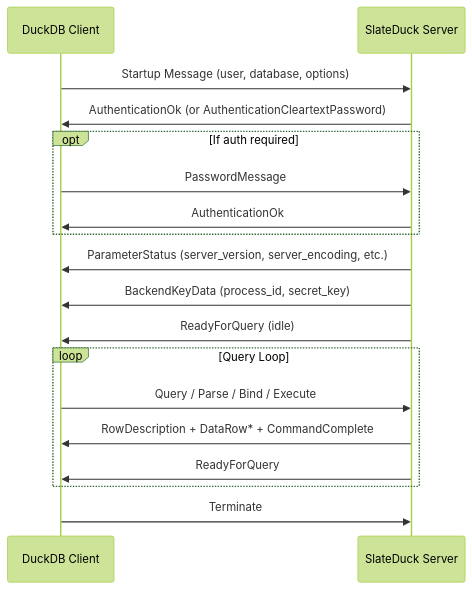
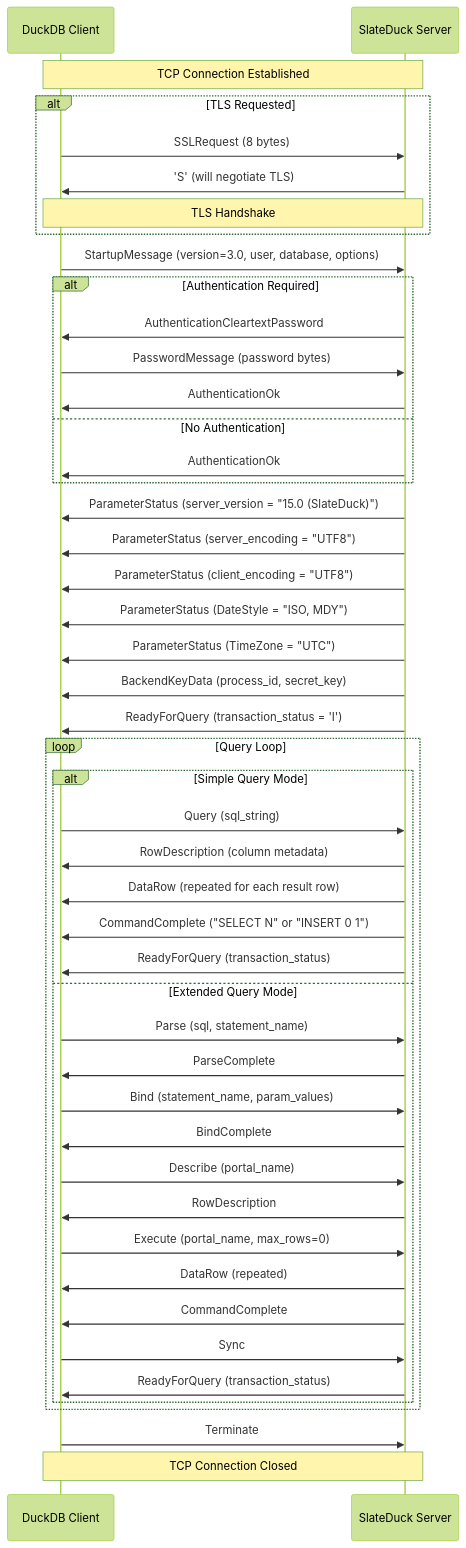
Before and after one commit to trickle-labs/rocklake: the diagram in docs/architecture/pg-wire-protocol.md, drawn with Mermaid (forest theme). The commit also changed other lines of this file and 253 other files, not shown here.

````diff
--- a/docs/architecture/pg-wire-protocol.md
+++ b/docs/architecture/pg-wire-protocol.md
@@ -7,20 +22,56 @@
 ```mermaid
 sequenceDiagram
     participant C as DuckDB Client
     participant S as SlateDuck Server
-    C->>S: Startup Message (user, database, options)
-    S->>C: AuthenticationOk (or AuthenticationCleartextPassword)
-    opt If auth required
-        C->>S: PasswordMessage
+
+    Note over C,S: TCP Connection Established
+    
+    alt TLS Requested
+        C->>S: SSLRequest (8 bytes)
+        S->>C: 'S' (will negotiate TLS)
+        Note over C,S: TLS Handshake
+    end
+    
+    C->>S: StartupMessage (version=3.0, user, database, options)
+    
+    alt Authentication Required
+        S->>C: AuthenticationCleartextPassword
+        C->>S: PasswordMessage (password bytes)
+        S->>C: AuthenticationOk
+    else No Authentication
         S->>C: AuthenticationOk
     end
-    S->>C: ParameterStatus (server_version, server_encoding, etc.)
+    
+    S->>C: ParameterStatus (server_version = "15.0 (SlateDuck)")
+    S->>C: ParameterStatus (server_encoding = "UTF8")
+    S->>C: ParameterStatus (client_encoding = "UTF8")
+    S->>C: ParameterStatus (DateStyle = "ISO, MDY")
+    S->>C: ParameterStatus (TimeZone = "UTC")
     S->>C: BackendKeyData (process_id, secret_key)
-    S->>C: ReadyForQuery (idle)
+    S->>C: ReadyForQuery (transaction_status = 'I')
+    
     loop Query Loop
-        C->>S: Query / Parse / Bind / Execute
-        S->>C: RowDescription + DataRow* + CommandComplete
-        S->>C: ReadyForQuery
+        alt Simple Query Mode
+            C->>S: Query (sql_string)
+            S->>C: RowDescription (column metadata)
+            S->>C: DataRow (repeated for each result row)
+            S->>C: CommandComplete ("SELECT N" or "INSERT 0 1")
+            S->>C: ReadyForQuery (transaction_status)
+        else Extended Query Mode
+            C->>S: Parse (sql, statement_name)
+            S->>C: ParseComplete
+            C->>S: Bind (statement_name, param_values)
+            S->>C: BindComplete
+            C->>S: Describe (portal_name)
+            S->>C: RowDescription
+            C->>S: Execute (portal_name, max_rows=0)
+            S->>C: DataRow (repeated)
+            S->>C: CommandComplete
+            C->>S: Sync
+            S->>C: ReadyForQuery (transaction_status)
+        end
     end
+    
     C->>S: Terminate
+    Note over C,S: TCP Connection Closed
 ```
````
